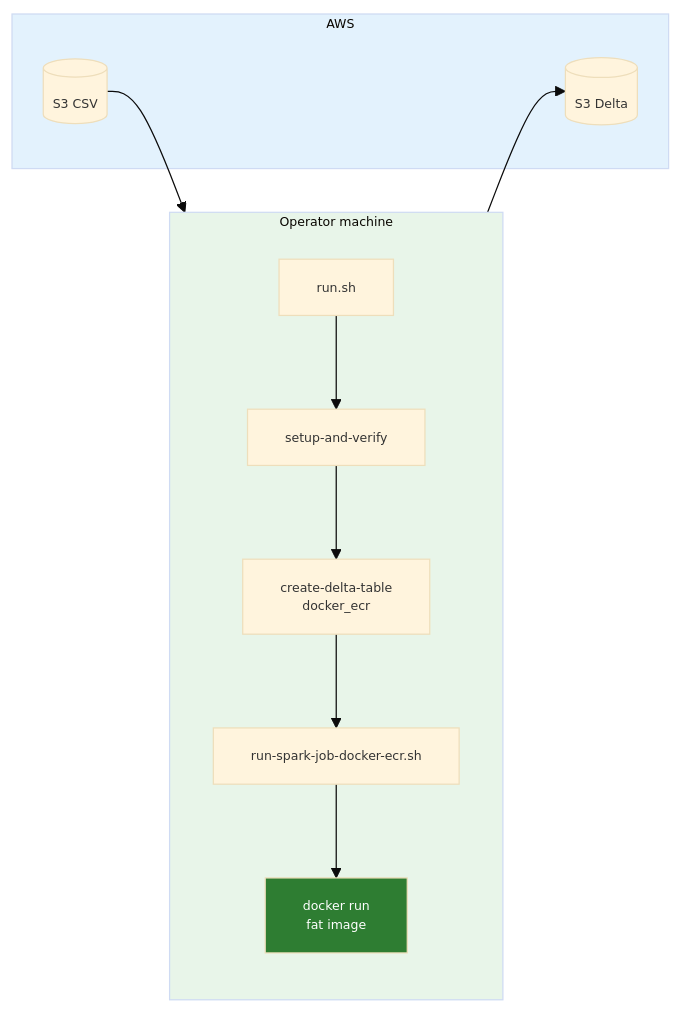
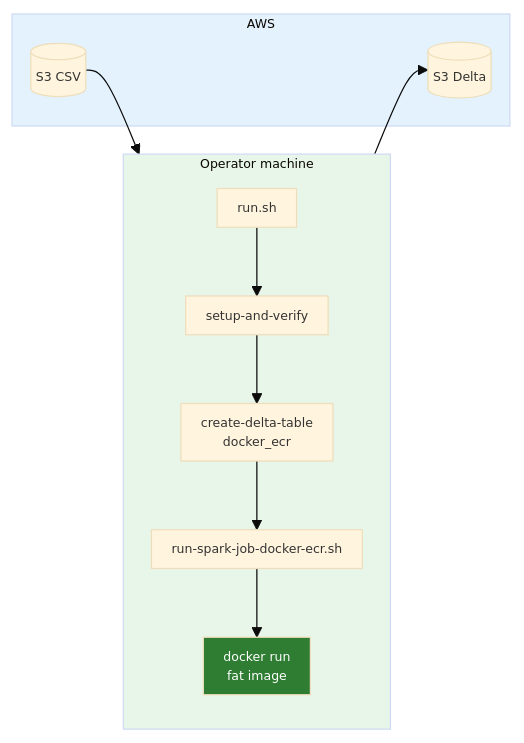
One commit to horselord-joe-8053/ultra-fru-genai-analytics-new changed the third of 7 diagrams in README_WAR_STORIES.md. Above: the diagram before and after it, drawn with Mermaid. The commit also changed other lines of this file and 45 other files, not shown here.

Commit message:
Deployment optimizations, war stories, Mermaid diagrams, content-based build skip

````diff
--- a/README_WAR_STORIES.md
+++ b/README_WAR_STORIES.md
@@ -1010,22 +1014,22 @@
 ```mermaid
-%%{init: {'theme':'base', 'themeVariables': {'fontSize':'10px'}}}%%
+%%{init: {'theme':'base', 'themeVariables': {'fontSize':'10px'}, 'flowchart': {'padding': 8, 'nodeSpacing': 25, 'rankSpacing': 30 }}}%%
 flowchart LR
   subgraph local["Operator machine"]
     direction TB
     A[run.sh]
     B[setup-and-verify]
     C[create-delta-table<br/>docker_ecr]
     D[run-spark-job-docker-ecr.sh]
     E[docker run<br/>fat image]
     A --> B --> C --> D --> E
   end
   G --> E
   E --> H
   subgraph aws["AWS"]
     G[(S3 CSV)]
     H[(S3 Delta)]
   end
   style local fill:#e8f5e9
   style aws fill:#e3f2fd
   style E fill:#2e7d32,color:#fff
 ```
````
